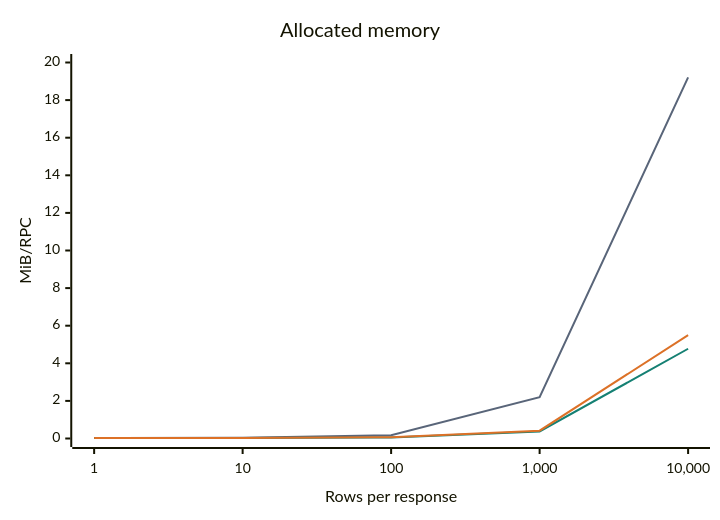
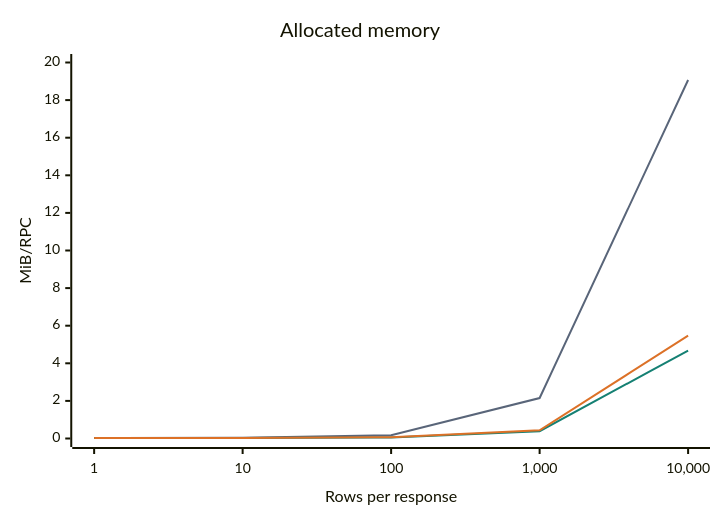
One commit to ydb-platform/ydb-go-sdk changed the second of 3 diagrams in QUERY.md. Above: the diagram before and after it, drawn with Mermaid. The commit also changed other lines of this file and 12 other files, not shown here.

Commit message:
query: add generic Arrow decoder constructor

````diff
--- a/QUERY.md
+++ b/QUERY.md
@@ -231,15 +243,15 @@
 ```mermaid
 ---
 config:
   themeVariables:
     xyChart:
       plotColorPalette: "#596579, #158073, #dc7127"
 ---
 xychart-beta
     title "Allocated memory"
     x-axis "Rows per response" ["1", "10", "100", "1,000", "10,000"]
     y-axis "MiB/RPC" 0 --> 20
-    line "Value" [0.021, 0.035, 0.179, 2.198, 19.211]
-    line "QueryArrow" [0.026, 0.029, 0.059, 0.373, 4.774]
-    line "WithArrow" [0.030, 0.033, 0.067, 0.416, 5.501]
+    line "Value" [0.021, 0.035, 0.179, 2.153, 19.071]
+    line "QueryArrow" [0.026, 0.029, 0.059, 0.387, 4.679]
+    line "WithArrow" [0.029, 0.033, 0.066, 0.433, 5.475]
 ```
````
